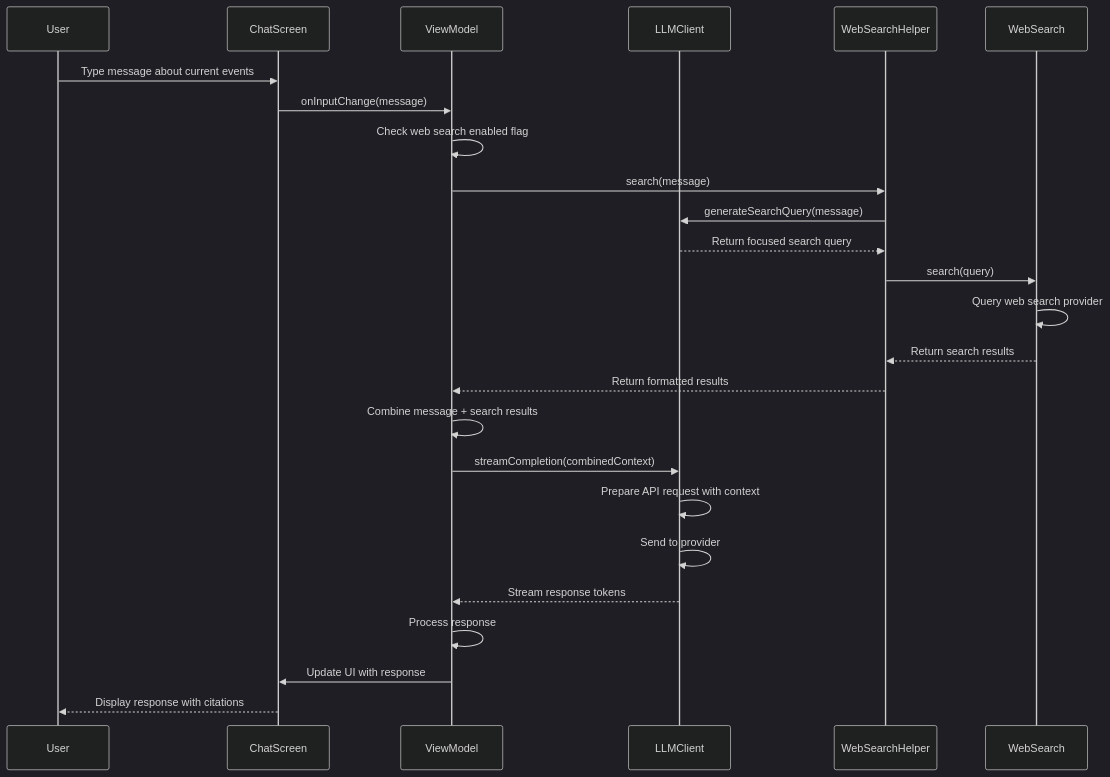
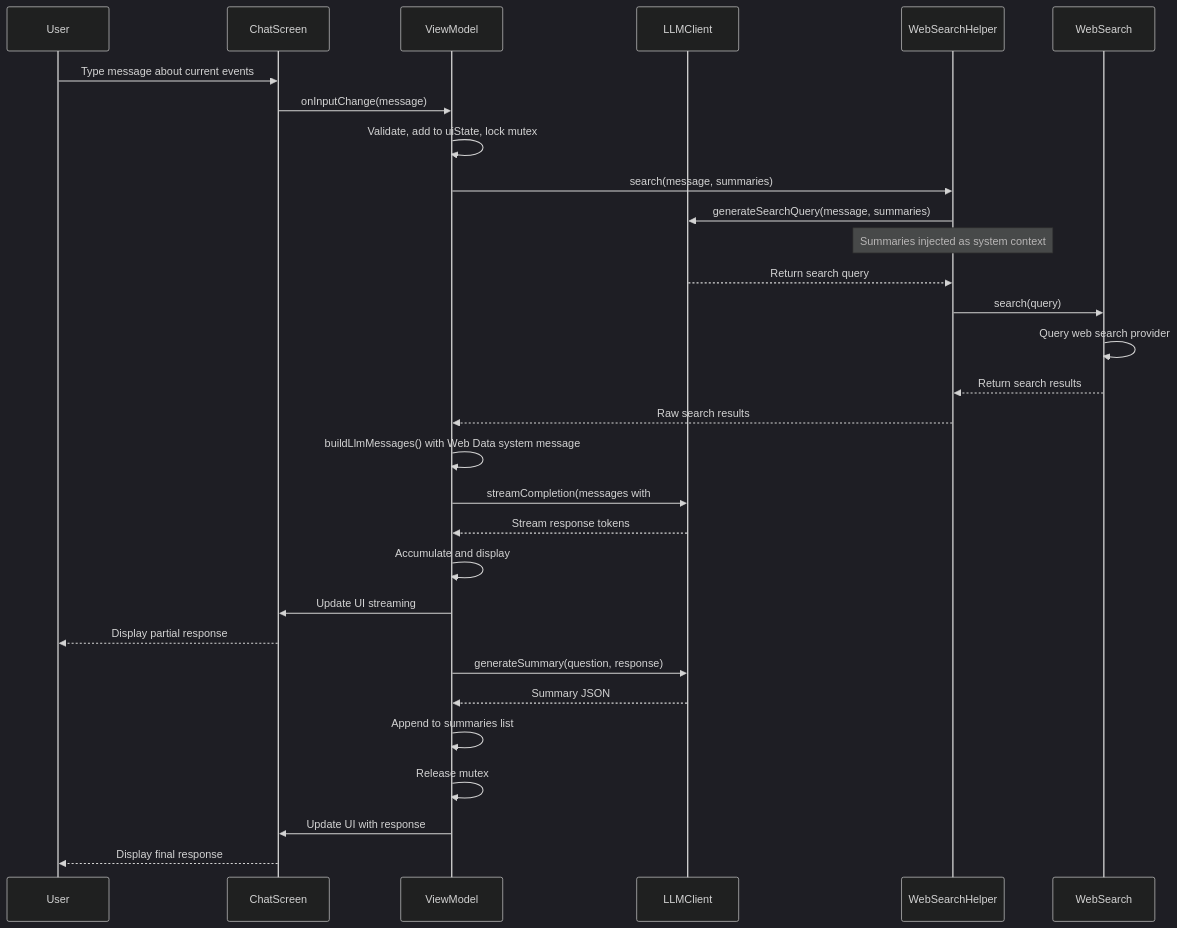
One commit to lehoang318/buddy changed the second of 10 diagrams in docs/seq_chat.md. Above: the diagram before and after it, drawn with Mermaid (dark theme). The commit also changed other lines of this file and 27 other files, not shown here.

Commit message:
Support context summaries and compression (#26)

````diff
--- a/docs/seq_chat.md
+++ b/docs/seq_chat.md
@@ -31,28 +41,33 @@
 ```mermaid
 sequenceDiagram
     participant User
     participant ChatScreen
     participant ViewModel
     participant LLMClient
     participant WebSearchHelper
     participant WebSearch
 
     User->>ChatScreen: Type message about current events
     ChatScreen->>ViewModel: onInputChange(message)
-    ViewModel->>ViewModel: Check web search enabled flag
-    ViewModel->>WebSearchHelper: search(message)
-    WebSearchHelper->>LLMClient: generateSearchQuery(message)
-    LLMClient-->>WebSearchHelper: Return focused search query
+    ViewModel->>ViewModel: Validate, add to uiState, lock mutex
+    ViewModel->>WebSearchHelper: search(message, summaries)
+    WebSearchHelper->>LLMClient: generateSearchQuery(message, summaries)
+    Note over WebSearchHelper: Summaries injected as system context
+    LLMClient-->>WebSearchHelper: Return search query
     WebSearchHelper->>WebSearch: search(query)
     WebSearch->>WebSearch: Query web search provider
     WebSearch-->>WebSearchHelper: Return search results
-    WebSearchHelper-->>ViewModel: Return formatted results
-    ViewModel->>ViewModel: Combine message + search results
-    ViewModel->>LLMClient: streamCompletion(combinedContext)
-    LLMClient->>LLMClient: Prepare API request with context
-    LLMClient->>LLMClient: Send to provider
+    WebSearchHelper-->>ViewModel: Raw search results
+    ViewModel->>ViewModel: buildLlmMessages() with Web Data system message
+    ViewModel->>LLMClient: streamCompletion(messages with ## Web Data)
     LLMClient-->>ViewModel: Stream response tokens
-    ViewModel->>ViewModel: Process response
+    ViewModel->>ViewModel: Accumulate and display
+    ViewModel->>ChatScreen: Update UI streaming
+    ChatScreen-->>User: Display partial response
+    ViewModel->>LLMClient: generateSummary(question, response)
+    LLMClient-->>ViewModel: Summary JSON
+    ViewModel->>ViewModel: Append to summaries list
+    ViewModel->>ViewModel: Release mutex
     ViewModel->>ChatScreen: Update UI with response
-    ChatScreen-->>User: Display response with citations
+    ChatScreen-->>User: Display final response
 ```
````
